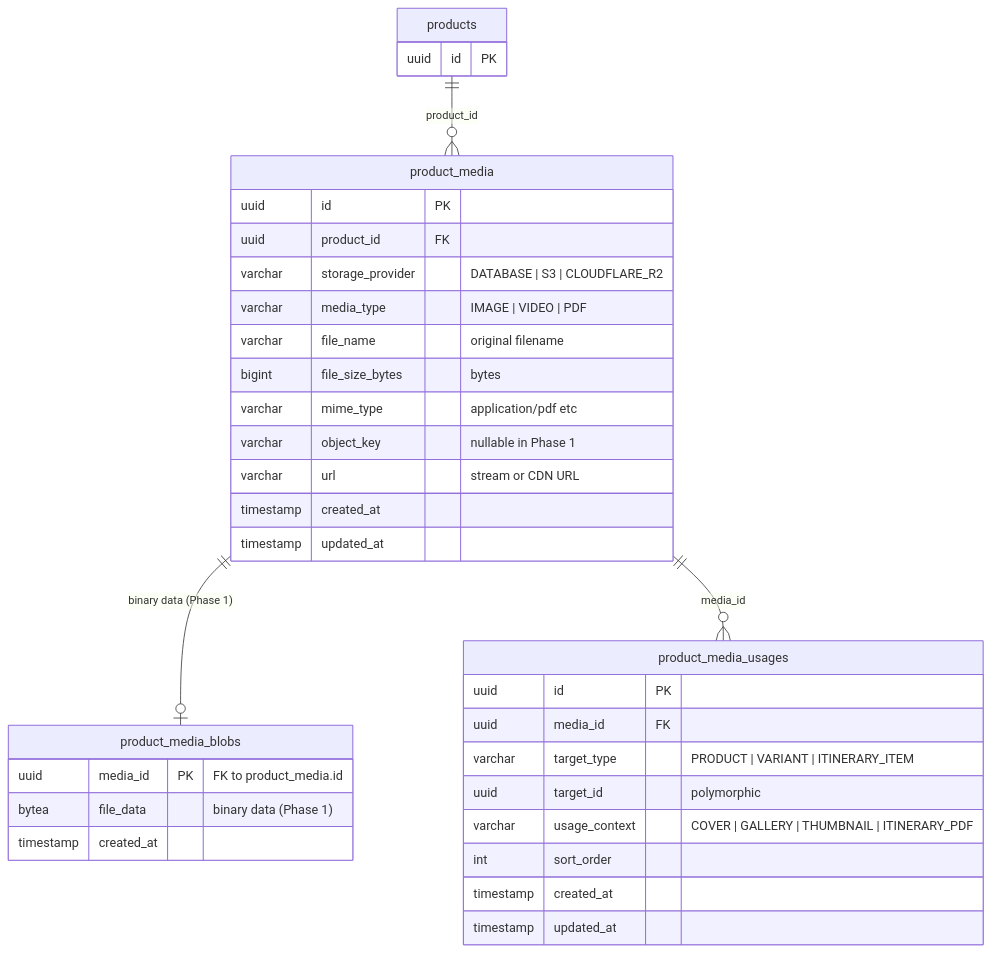
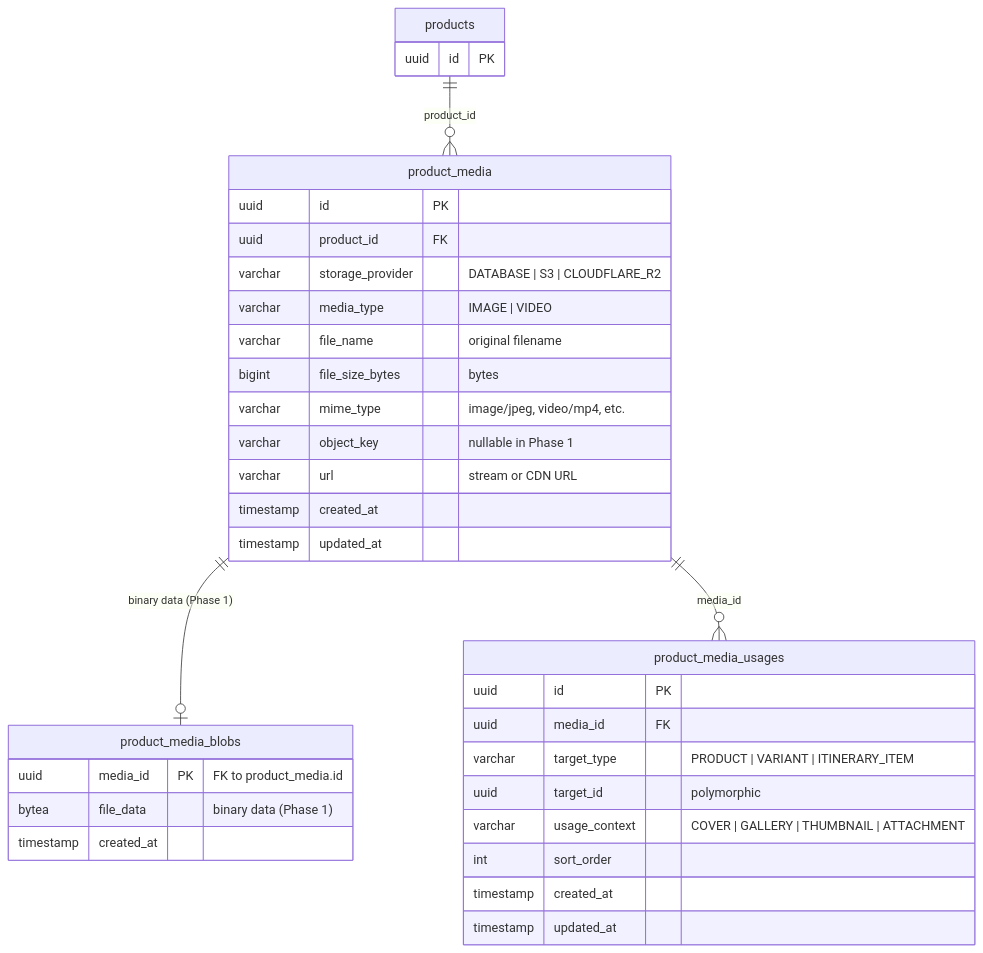
One commit to Haris-saifudin/hobiholidays-documentations changed the sixth of 8 diagrams in technical/product-technical-design.md. Above: the diagram before and after it, drawn with Mermaid. The commit also changed other lines of this file and 7 other files, not shown here.

````diff
--- a/technical/product-technical-design.md
+++ b/technical/product-technical-design.md
@@ -664,41 +811,41 @@
 ```mermaid
 erDiagram
     products {
         uuid id PK
     }
 
     product_media {
         uuid      id               PK
         uuid      product_id       FK
         varchar   storage_provider "DATABASE | S3 | CLOUDFLARE_R2"
-        varchar   media_type       "IMAGE | VIDEO | PDF"
+        varchar   media_type       "IMAGE | VIDEO"
         varchar   file_name        "original filename"
         bigint    file_size_bytes  "bytes"
-        varchar   mime_type        "application/pdf etc"
+        varchar   mime_type        "image/jpeg, video/mp4, etc."
         varchar   object_key       "nullable in Phase 1"
         varchar   url              "stream or CDN URL"
         timestamp created_at
         timestamp updated_at
     }
 
     product_media_blobs {
         uuid      media_id         PK "FK to product_media.id"
         bytea     file_data        "binary data (Phase 1)"
         timestamp created_at
     }
 
     product_media_usages {
         uuid      id            PK
         uuid      media_id      FK
         varchar   target_type   "PRODUCT | VARIANT | ITINERARY_ITEM"
         uuid      target_id     "polymorphic"
-        varchar   usage_context "COVER | GALLERY | THUMBNAIL | ITINERARY_PDF"
+        varchar   usage_context "COVER | GALLERY | THUMBNAIL | ATTACHMENT"
         int       sort_order
         timestamp created_at
         timestamp updated_at
     }
 
     products            ||--o{ product_media       : "product_id"
     product_media       ||--o| product_media_blobs : "binary data (Phase 1)"
     product_media       ||--o{ product_media_usages: "media_id"
 ```
````
